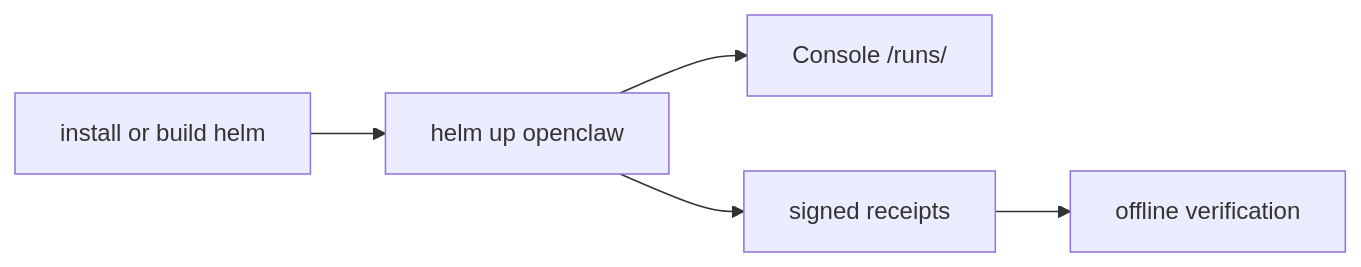
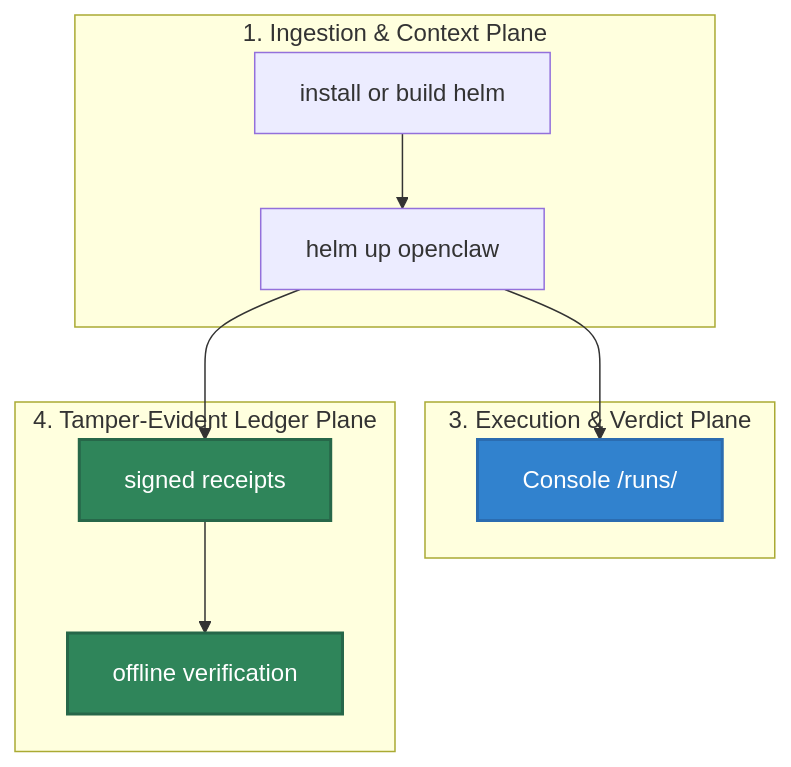
Before and after one commit to Mindburn-Labs/helm-ai-kernel: the diagram in docs/QUICKSTART.md, drawn with Mermaid. The commit also changed other lines of this file and 330 other files, not shown here.

````diff
--- a/docs/QUICKSTART.md
+++ b/docs/QUICKSTART.md
@@ -23,7 +23,27 @@
 ```mermaid
-flowchart LR
-  Install["install or build helm"] --> Up["helm up openclaw"]
-  Up --> Console["Console /runs/<run_id>"]
-  Up --> Receipts["signed receipts"]
-  Receipts --> Verify["offline verification"]
+flowchart TD
+    subgraph Ingestion["1. Ingestion & Context Plane"]
+        Install["install or build helm"]
+        Up["helm up openclaw"]
+    end
+
+    subgraph Execution["3. Execution & Verdict Plane"]
+        Console["Console /runs/<run_id>"]
+    end
+
+    subgraph Ledger["4. Tamper-Evident Ledger Plane"]
+        Receipts["signed receipts"]
+        Verify["offline verification"]
+    end
+
+    %% Operational Flow Edges
+    Install --> Up
+    Up --> Console
+    Up --> Receipts
+    Receipts --> Verify
+
+    %% Premium Styling Rules
+    style Console fill:#3182ce,stroke:#2b6cb0,stroke-width:2px,color:#fff
+    style Receipts fill:#2f855a,stroke:#276749,stroke-width:2px,color:#fff
+    style Verify fill:#2f855a,stroke:#276749,stroke-width:2px,color:#fff
 ```
````
